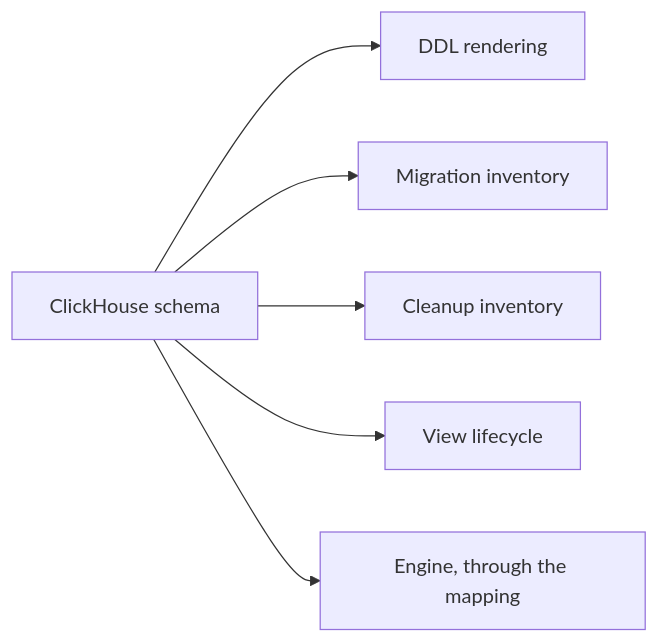
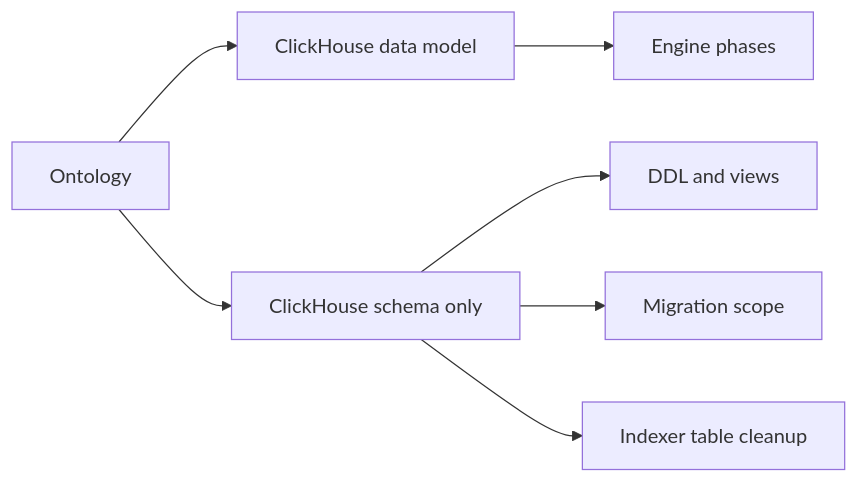
Before and after one commit to gitlabhq/orbit-knowledge-graph: the fourth of 18 diagrams in docs/design-documents/querying/engine.md, drawn with Mermaid. The commit also changed other lines of this file and 2 other files, not shown here.

Commit message:
docs(querying): nest the storage model in the data model and show real usage

````diff
--- a/docs/design-documents/querying/engine.md
+++ b/docs/design-documents/querying/engine.md
@@ -246,10 +249,11 @@
 ```mermaid
 flowchart LR
-    accTitle: Who reads the ClickHouse schema
-    accDescr: DDL rendering, migrations, cleanup, view lifecycle, and the engine all read the same ClickHouse schema.
-    S["ClickHouse schema"] --> D["DDL rendering"]
-    S --> M["Migration inventory"]
-    S --> C["Cleanup inventory"]
-    S --> V["View lifecycle"]
-    S --> E["Engine, through the mapping"]
+    accTitle: Who reads the query data model
+    accDescr: The query server builds the full data model for the engine. Schema management and the indexer read only the physical ClickHouse schema.
+    O["Ontology"] --> M["ClickHouse data model"]
+    O --> S["ClickHouse schema only"]
+    M --> E["Engine phases"]
+    S --> D["DDL and views"]
+    S --> G["Migration scope"]
+    S --> C["Indexer table cleanup"]
 ```
````
